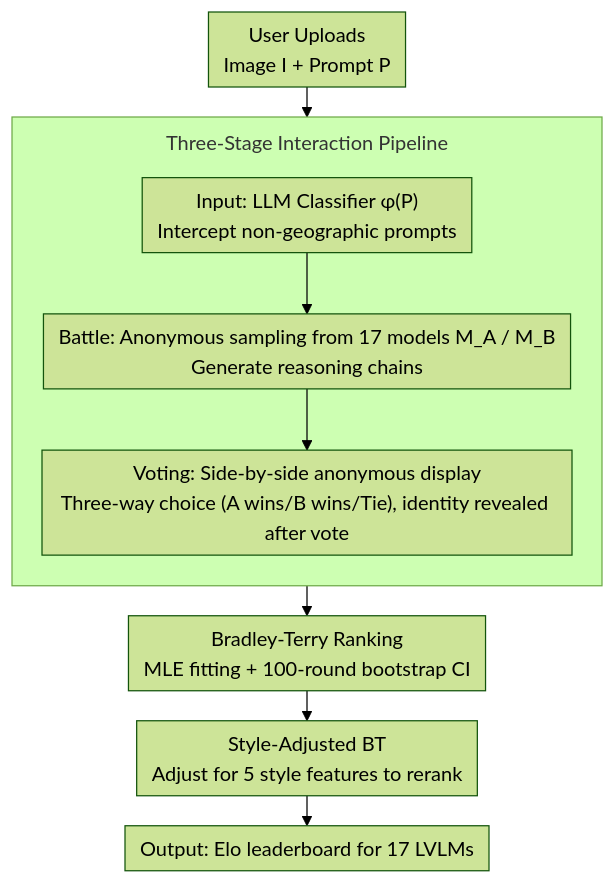
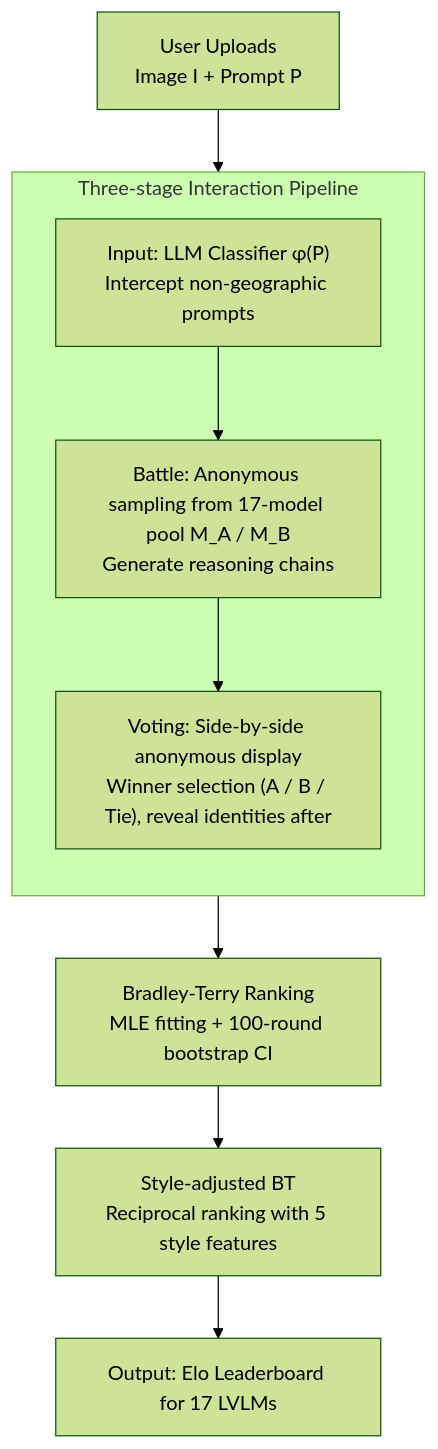
Before and after one commit to zhaoyang97/Paper-Notes-en: the diagram in docs/ACL2026/vlm_reasoning/geoarena_evaluating_open-world_geographic_reasoning_in_large_vision-language_mod.md, drawn with Mermaid (forest theme). The commit also changed other lines of this file and 5084 other files, not shown here.

````diff
--- a/docs/ACL2026/vlm_reasoning/geoarena_evaluating_open-world_geographic_reasoning_in_large_vision-language_mod.md
+++ b/docs/ACL2026/vlm_reasoning/geoarena_evaluating_open-world_geographic_reasoning_in_large_vision-language_mod.md
@@ -49,16 +49,16 @@
 ```mermaid
-%%{init: {'flowchart': {'rankSpacing': 24, 'nodeSpacing': 28, 'padding': 6, 'wrappingWidth': 400, 'subGraphTitleMargin': {'top': 8, 'bottom': 16}}}}%%
 flowchart TD
     A["User Uploads<br/>Image I + Prompt P"]
-    subgraph PIPE["Three-Stage Interaction Pipeline"]
+    subgraph PIPE["Three-stage Interaction Pipeline"]
         direction TB
         B["Input: LLM Classifier φ(P)<br/>Intercept non-geographic prompts"]
-        C["Battle: Anonymous sampling from 17 models M_A / M_B<br/>Generate reasoning chains"]
-        D["Voting: Side-by-side anonymous display<br/>Three-way choice (A wins/B wins/Tie), identity revealed after vote"]
+        C["Battle: Anonymous sampling from 17-model pool M_A / M_B<br/>Generate reasoning chains"]
+        D["Voting: Side-by-side anonymous display<br/>Winner selection (A / B / Tie), reveal identities after"]
         B --> C --> D
     end
     A --> PIPE
     PIPE --> E["Bradley-Terry Ranking<br/>MLE fitting + 100-round bootstrap CI"]
-    E --> F["Style-Adjusted BT<br/>Adjust for 5 style features to rerank"]
-    F --> G["Output: Elo leaderboard for 17 LVLMs"]
+    F["Style-adjusted BT<br/>Reciprocal ranking with 5 style features"]
+    E --> F
+    F --> G["Output: Elo Leaderboard for 17 LVLMs"]
 ```
````
